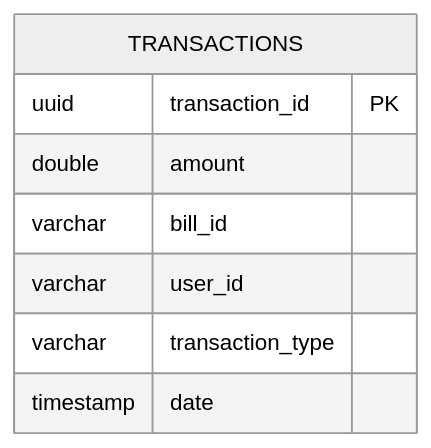
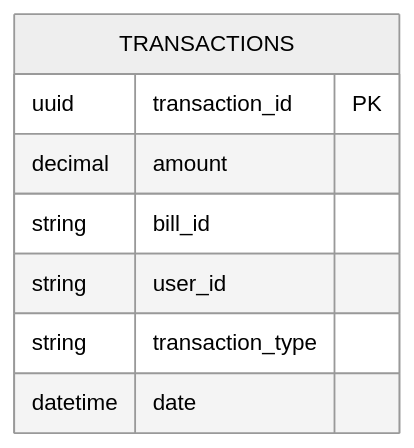
Before and after one commit to anubhavbagri/kirana-register: the seventh of 8 diagrams in architecture.md, drawn with Mermaid (neutral theme). The commit also changed other lines of this file and 1 other file, not shown here.

````diff
--- a/architecture.md
+++ b/architecture.md
@@ -247,11 +317,11 @@
 ```mermaid
 erDiagram
     TRANSACTIONS {
         uuid transaction_id PK
-        double amount
-        varchar bill_id
-        varchar user_id
-        varchar transaction_type
-        timestamp date
+        decimal amount
+        string bill_id
+        string user_id
+        string transaction_type
+        datetime date
     }
 ```
````
